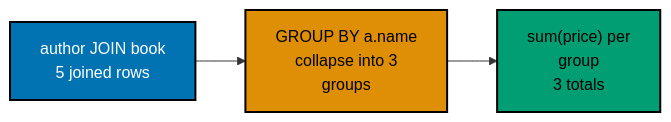
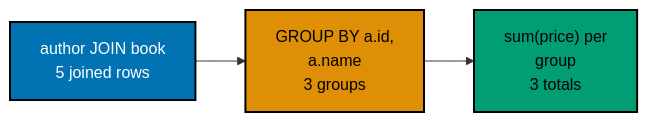
Before and after one commit to wahidyankf/ose-public: the fourth of 11 diagrams in apps/ayokoding-www/content/en/learn/courses/sql-essentials/learning/intermediate.md, drawn with Mermaid. The commit also changed other lines of this file and 29 other files, not shown here.

````diff
--- a/apps/ayokoding-www/content/en/learn/courses/sql-essentials/learning/intermediate.md
+++ b/apps/ayokoding-www/content/en/learn/courses/sql-essentials/learning/intermediate.md
@@ -945,15 +945,15 @@
 ```mermaid
 %% Color Palette: Blue #0173B2, Orange #DE8F05, Teal #029E73 -- color-blind friendly, WCAG AA
 flowchart LR
     accTitle: Example 44: Aggregate Over Join
-    accDescr: Flowchart with 3 nodes and 2 connections. Nodes: author JOIN book 5 joined rows, GROUP BY a.name collapse into 3 groups, sum(price) per group 3 totals. Connections: author JOIN book 5 joined rows to GROUP BY a.name collapse into 3 groups, GROUP BY a.name collapse into 3 groups to sum(price) per group 3 totals.
+    accDescr: Flowchart with 3 nodes and 2 connections. Nodes: author JOIN book 5 joined rows, GROUP BY a.id and a.name collapse into 3 groups, sum(price) per group 3 totals. Connections: author JOIN book 5 joined rows to GROUP BY a.id and a.name collapse into 3 groups, GROUP BY a.id and a.name collapse into 3 groups to sum(price) per group 3 totals.
     A["author JOIN book<br/>5 joined rows"]:::blue
-    B["GROUP BY a.name<br/>collapse into 3<br/>groups"]:::orange
+    B["GROUP BY a.id,<br/>a.name<br/>3 groups"]:::orange
     C["sum#40;price#41; per<br/>group<br/>3 totals"]:::teal
     A --> B --> C
 
     classDef blue fill:#0173B2,stroke:#000000,color:#FFFFFF,stroke-width:2px
     classDef orange fill:#DE8F05,stroke:#000000,color:#000000,stroke-width:2px
     classDef teal fill:#029E73,stroke:#000000,color:#000000,stroke-width:2px
     classDef default fill:#FFFFFF,stroke:#000000,color:#000000
 ```
````
